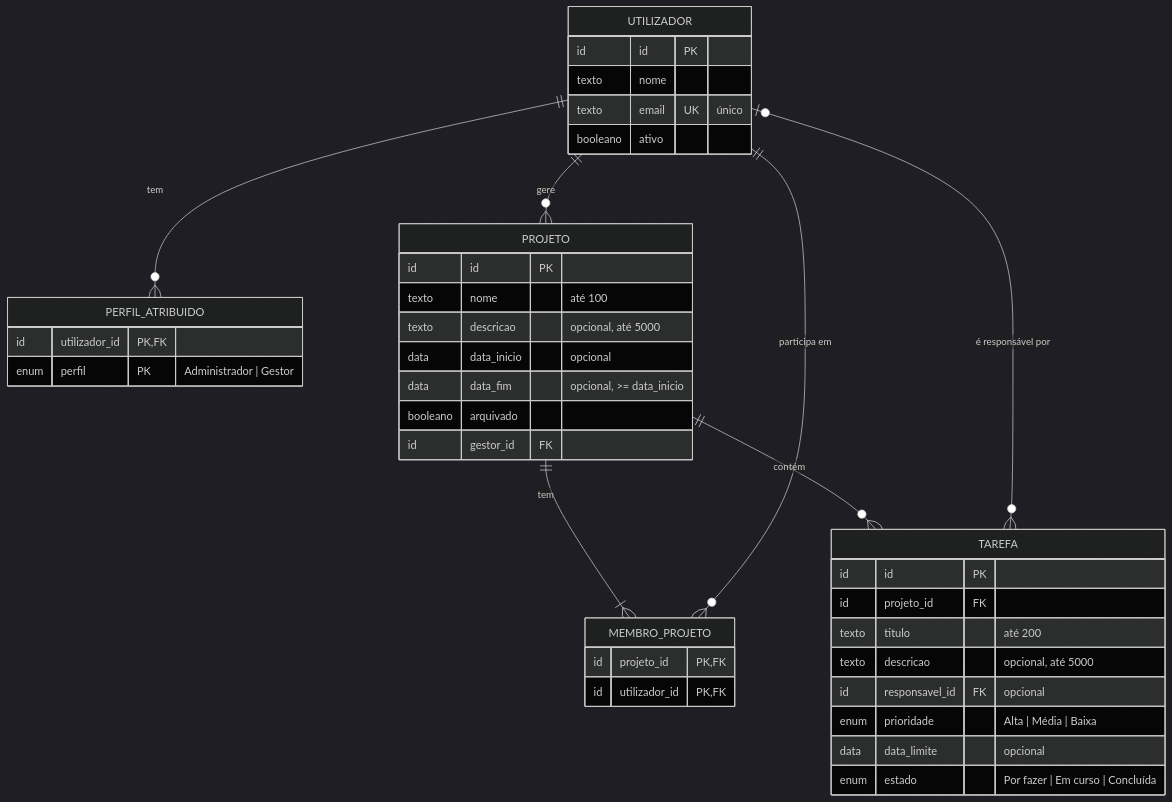
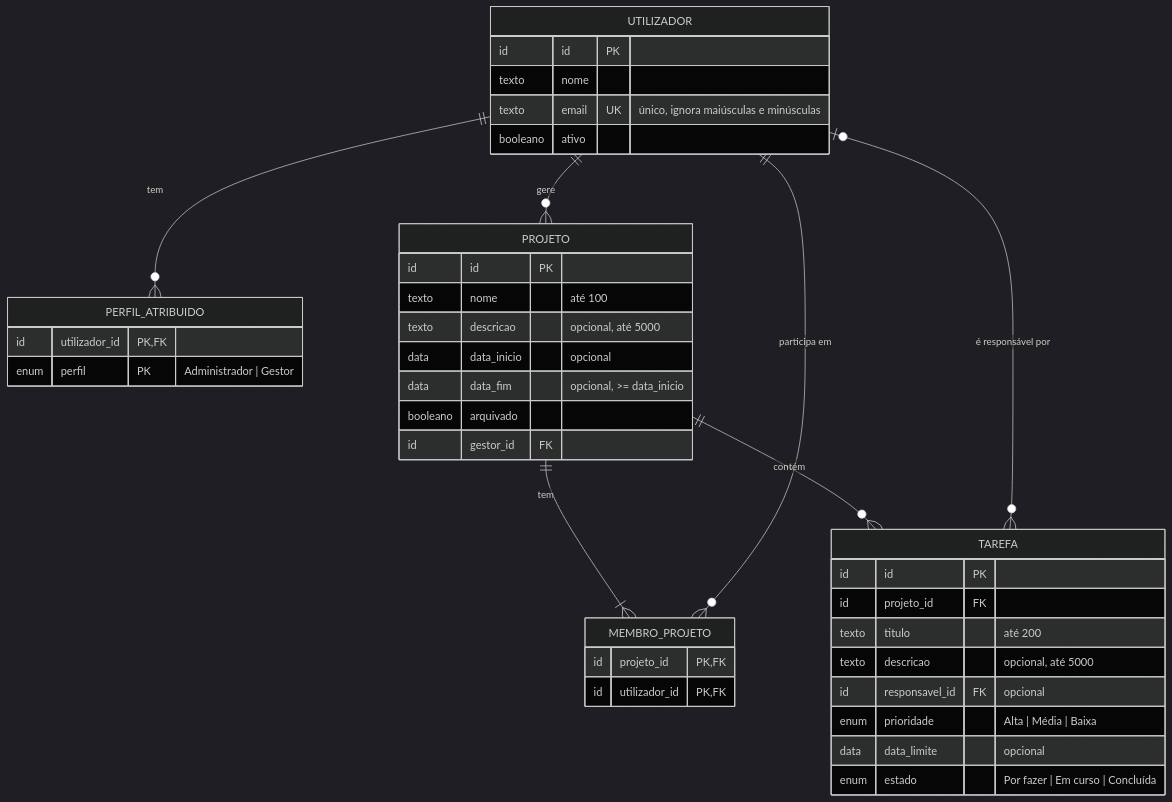
The diagram in docs/database.md (ines-giesteira/matriz), drawn with Mermaid (dark theme) before and after one commit. The commit also changed other lines of this file and 9 other files, not shown here.

First line of the commit message:
docs: revisão crítica do Architecture Pack (Ficha 2, Exercício 5)

````diff
--- a/docs/database.md
+++ b/docs/database.md
@@ -78,43 +78,43 @@
 ```mermaid
 erDiagram
     UTILIZADOR ||--o{ PERFIL_ATRIBUIDO : "tem"
     UTILIZADOR ||--o{ PROJETO : "gere"
     PROJETO ||--|{ MEMBRO_PROJETO : "tem"
     UTILIZADOR ||--o{ MEMBRO_PROJETO : "participa em"
     PROJETO ||--o{ TAREFA : "contém"
     UTILIZADOR |o--o{ TAREFA : "é responsável por"
 
     UTILIZADOR {
         id id PK
         texto nome
-        texto email UK "único"
+        texto email UK "único, ignora maiúsculas e minúsculas"
         booleano ativo
     }
     PERFIL_ATRIBUIDO {
         id utilizador_id PK, FK
         enum perfil PK "Administrador | Gestor"
     }
     PROJETO {
         id id PK
         texto nome "até 100"
         texto descricao "opcional, até 5000"
         data data_inicio "opcional"
         data data_fim "opcional, >= data_inicio"
         booleano arquivado
         id gestor_id FK
     }
     MEMBRO_PROJETO {
         id projeto_id PK, FK
         id utilizador_id PK, FK
     }
     TAREFA {
         id id PK
         id projeto_id FK
         texto titulo "até 200"
         texto descricao "opcional, até 5000"
         id responsavel_id FK "opcional"
         enum prioridade "Alta | Média | Baixa"
         data data_limite "opcional"
         enum estado "Por fazer | Em curso | Concluída"
     }
 ```
````
